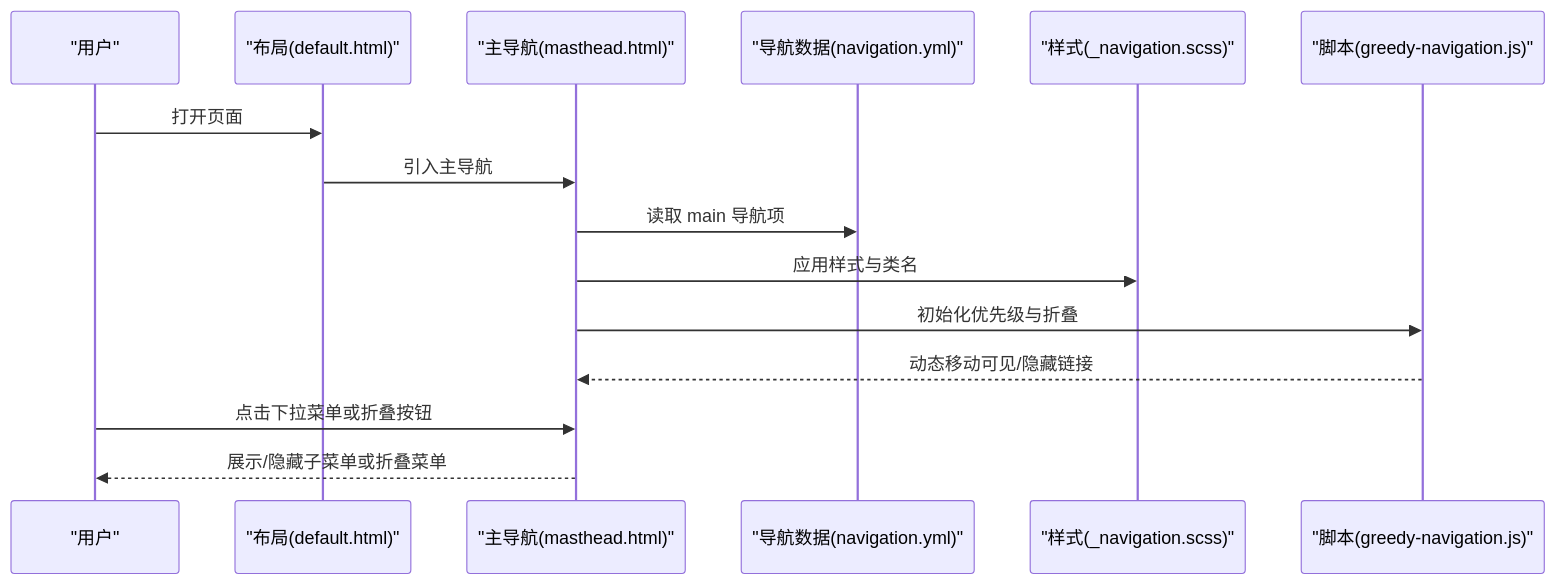
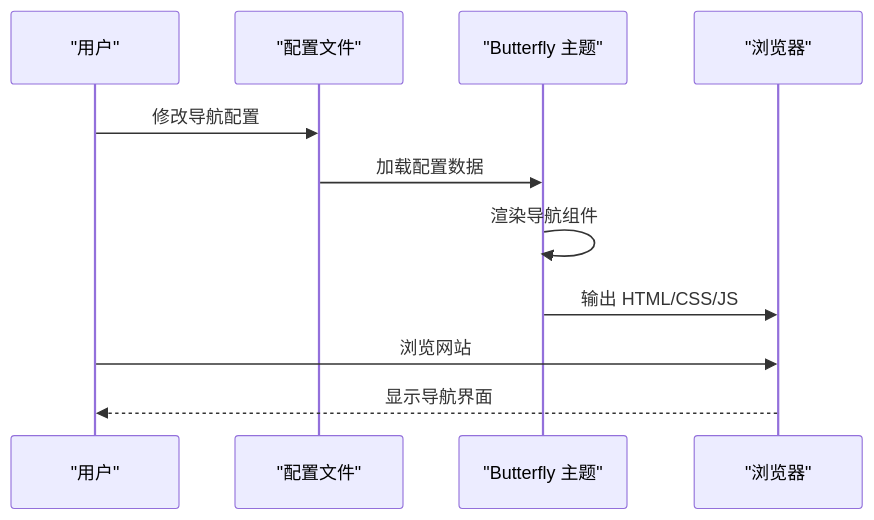
Before and after one commit to CoolPig0720/CoolPig0720.github.io: the second of 4 diagrams in .qoder/repowiki/zh/content/项目概述/核心功能特性/UI组件系统/导航组件.md, drawn with Mermaid. The commit also changed other lines of this file and 6 other files, not shown here.

````diff
--- a/.qoder/repowiki/zh/content/项目概述/核心功能特性/UI组件系统/导航组件.md
+++ b/.qoder/repowiki/zh/content/项目概述/核心功能特性/UI组件系统/导航组件.md
@@ -101,17 +72,13 @@
 ```mermaid
 sequenceDiagram
 participant U as "用户"
-participant L as "布局(default.html)"
-participant M as "主导航(masthead.html)"
-participant N as "导航数据(navigation.yml)"
-participant S as "样式(_navigation.scss)"
-participant J as "脚本(greedy-navigation.js)"
-U->>L : 打开页面
-L->>M : 引入主导航
-M->>N : 读取 main 导航项
-M->>S : 应用样式与类名
-M->>J : 初始化优先级与折叠
-J-->>M : 动态移动可见/隐藏链接
-U->>M : 点击下拉菜单或折叠按钮
-M-->>U : 展示/隐藏子菜单或折叠菜单
+participant C as "配置文件"
+participant T as "Butterfly 主题"
+participant B as "浏览器"
+U->>C : 修改导航配置
+C->>T : 加载配置数据
+T->>T : 渲染导航组件
+T->>B : 输出 HTML/CSS/JS
+U->>B : 浏览网站
+B-->>U : 显示导航界面
 ```
````
